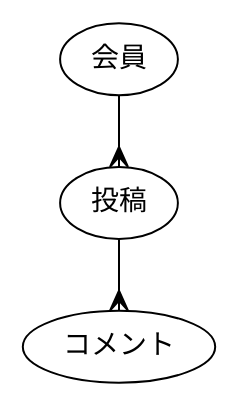
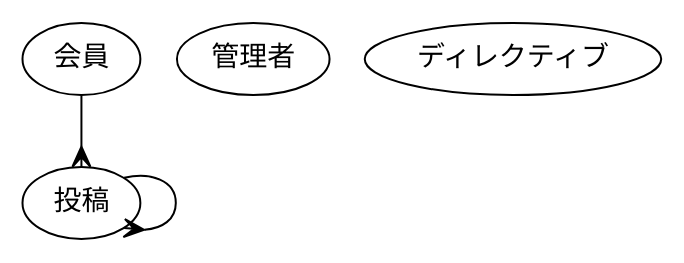
The diagram in misc/er.dot (sagittar-org/pieni-forum), drawn with Graphviz before and after one commit. The commit also changed 2 other files, not shown here.

```diff
--- a/misc/er.dot
+++ b/misc/er.dot
@@ -1,21 +1,22 @@
 digraph graph_name {
 	graph [
 	];
 
 	node [
 		fontname = "Ubuntu",
 	];
 
 	edge [
 		arrowhead = "crow",
 	];
 
 	// node define
+	post [label="投稿"];
 	member [label="会員"];
-	post [label="投稿"];
-	comment [label="コメント"];
+	admin [label="管理者"];
+	directive [label="ディレクティブ"];
 
 	// edge define
 	member -> post;
-	post -> comment;
+	post -> post;
 }
```
